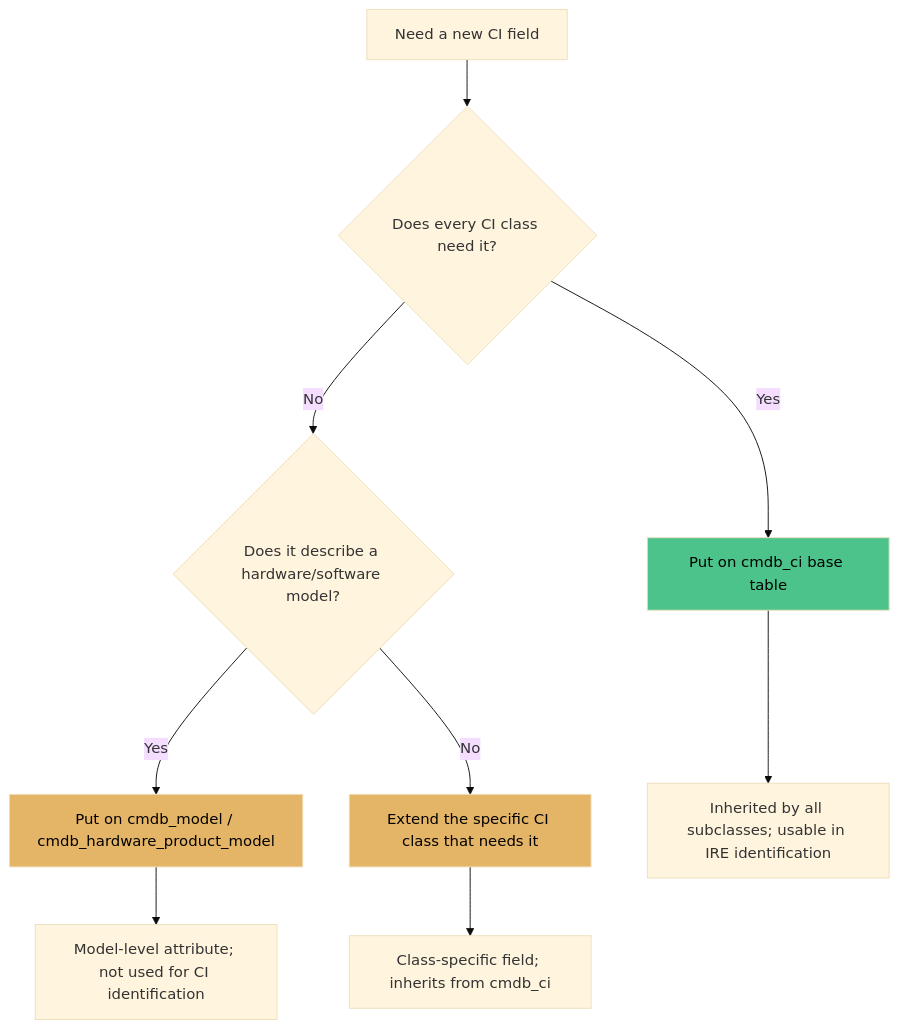
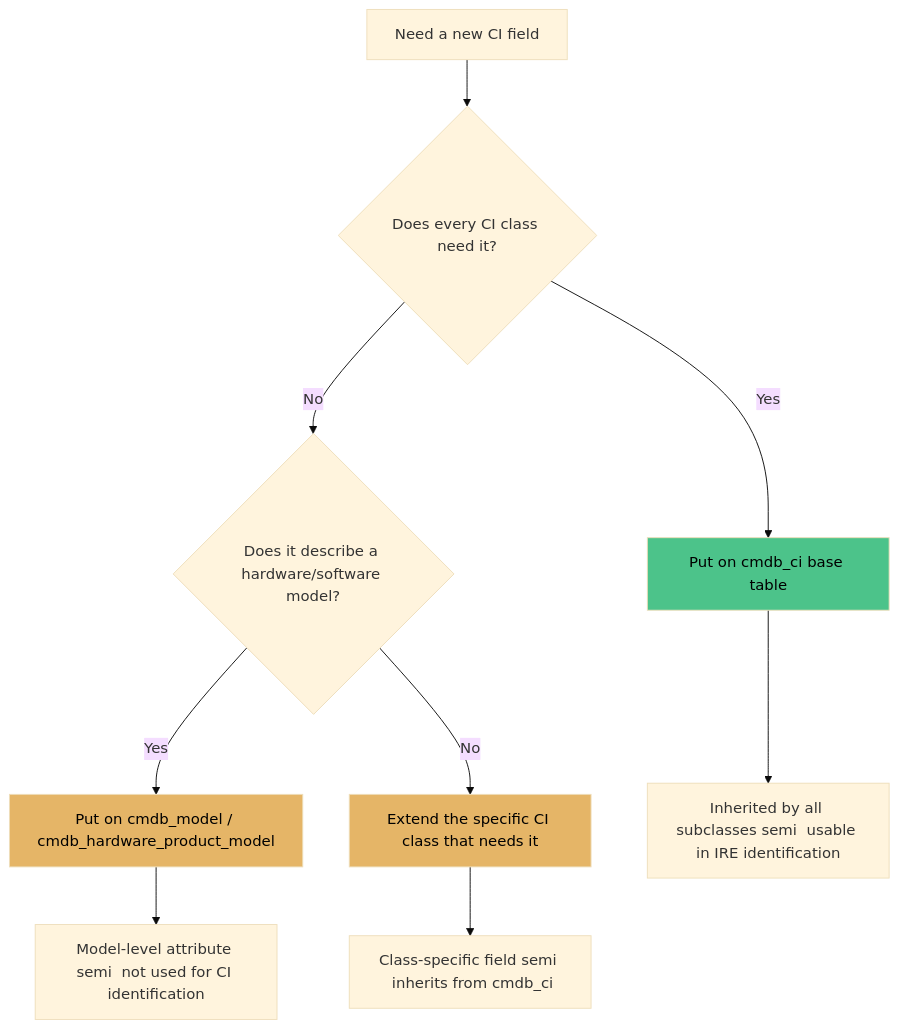
Diagram 15 of 22 in docs/modules/cmdb/cmdb-guide.md (eltonaguiar/ServiceNow_Learning_TSOM-_CSM_FSM_SalesCRM_HAM_ITSM), drawn with Mermaid (base theme) before and after one commit. The commit also changed other lines of this file and 19 other files, not shown here.

Commit message:
Fix all Mermaid diagram special characters - replace dollar, parens, slashes, quotes, pipes, nested brackets and other unsafe chars inside brackets with safe alternatives across 19 files

````diff
--- a/docs/modules/cmdb/cmdb-guide.md
+++ b/docs/modules/cmdb/cmdb-guide.md
@@ -2078,15 +2078,15 @@
 ```mermaid
 flowchart TD
     A[Need a new CI field] --> B{Does every CI class need it?}
     B -->|Yes| C[Put on cmdb_ci base table]
     B -->|No| D{Does it describe a hardware/software model?}
     D -->|Yes| E[Put on cmdb_model / cmdb_hardware_product_model]
     D -->|No| F[Extend the specific CI class that needs it]
-    C --> G[Inherited by all subclasses; usable in IRE identification]
-    E --> H[Model-level attribute; not used for CI identification]
-    F --> I[Class-specific field; inherits from cmdb_ci]
+    C --> G[Inherited by all subclasses semi  usable in IRE identification]
+    E --> H[Model-level attribute semi  not used for CI identification]
+    F --> I[Class-specific field semi  inherits from cmdb_ci]
     style C fill:#4cc38a,color:#000
     style E fill:#e5b567,color:#000
     style F fill:#e5b567,color:#000
 
 ```
````
